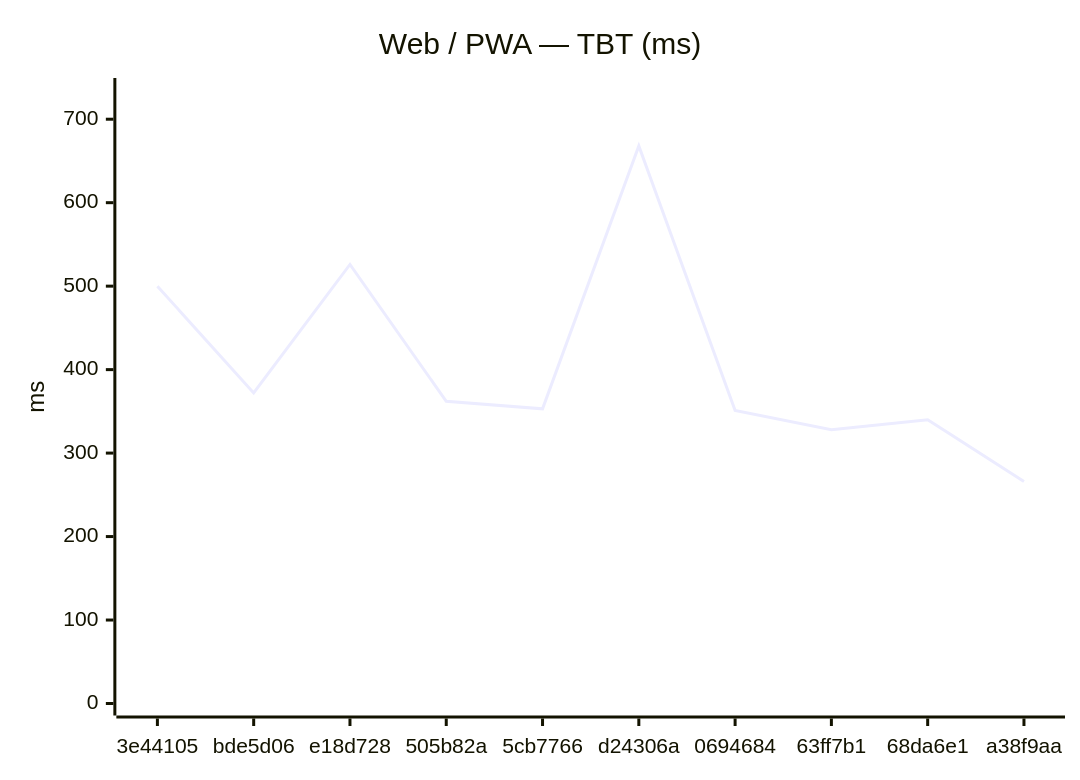
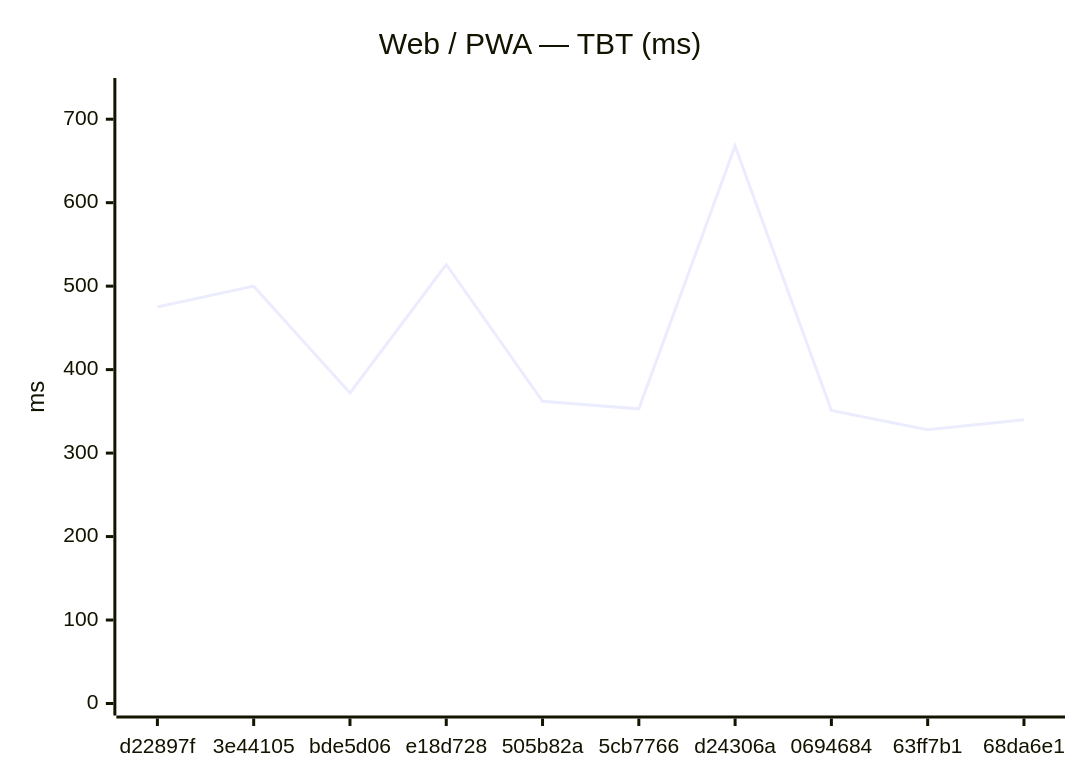
Before and after one commit to Metaheurist/Rianell: the second of 18 diagrams in benchmarks/compare.md, drawn with Mermaid. The commit also changed other lines of this file and 11 other files, not shown here.

````diff
--- a/benchmarks/compare.md
+++ b/benchmarks/compare.md
@@ -31,7 +31,7 @@
 ```mermaid
 xychart-beta
     title "Web / PWA — TBT (ms)"
-    x-axis ["3e44105", "bde5d06", "e18d728", "505b82a", "5cb7766", "d24306a", "0694684", "63ff7b1", "68da6e1", "a38f9aa"]
+    x-axis ["d22897f", "3e44105", "bde5d06", "e18d728", "505b82a", "5cb7766", "d24306a", "0694684", "63ff7b1", "68da6e1"]
     y-axis "ms" 0 --> 735
-    line [500, 372, 526, 362, 353, 668, 351, 328, 340, 266]
+    line [475, 500, 372, 526, 362, 353, 668, 351, 328, 340]
 ```
````
